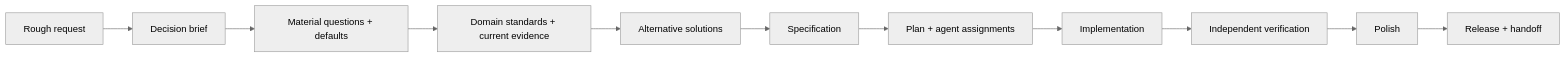
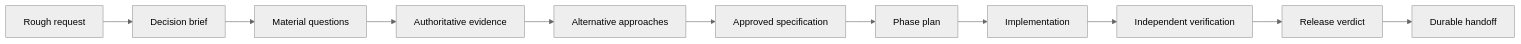
The diagram in README.md (SiddheshKGupta/Escapement), drawn with Mermaid (neutral theme) before and after one commit. The commit also changed other lines of this file, not shown here.

````diff
--- a/README.md
+++ b/README.md
@@ -103,13 +422,13 @@
 ```mermaid
 flowchart LR
     A[Rough request] --> B[Decision brief]
-    B --> C[Material questions + defaults]
-    C --> D[Domain standards + current evidence]
-    D --> E[Alternative solutions]
-    E --> F[Specification]
-    F --> G[Plan + agent assignments]
+    B --> C[Material questions]
+    C --> D[Authoritative evidence]
+    D --> E[Alternative approaches]
+    E --> F[Approved specification]
+    F --> G[Phase plan]
     G --> H[Implementation]
     H --> I[Independent verification]
-    I --> J[Polish]
-    J --> K[Release + handoff]
+    I --> J[Release verdict]
+    J --> K[Durable handoff]
 ```
````
